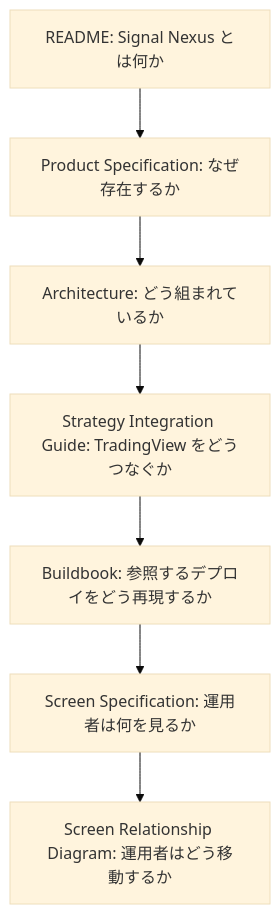
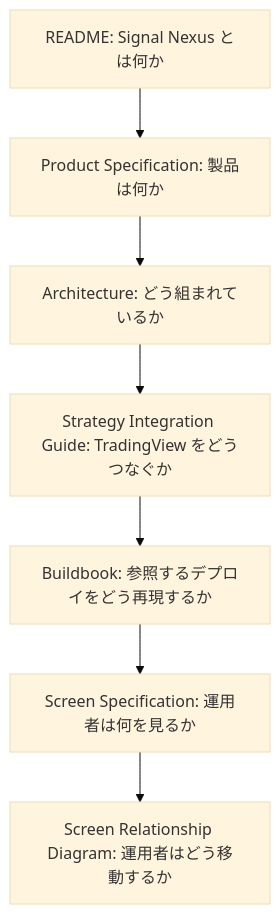
The second of 2 diagrams in docs/DOCUMENTATION_STRUCTURE_JA.md (SignalNexus/signal-nexus), drawn with Mermaid (base theme) before and after one commit. The commit also changed other lines of this file and 5 other files, not shown here.

````diff
--- a/docs/DOCUMENTATION_STRUCTURE_JA.md
+++ b/docs/DOCUMENTATION_STRUCTURE_JA.md
@@ -211,9 +160,9 @@
 ```mermaid
 graph TD
-  README["README: Signal Nexus とは何か"] --> ProductSpecification["Product Specification: なぜ存在するか"]
+  README["README: Signal Nexus とは何か"] --> ProductSpecification["Product Specification: 製品は何か"]
   ProductSpecification --> Architecture["Architecture: どう組まれているか"]
   Architecture --> StrategyIntegrationGuide["Strategy Integration Guide: TradingView をどうつなぐか"]
   StrategyIntegrationGuide --> Buildbook["Buildbook: 参照するデプロイをどう再現するか"]
   Buildbook --> ScreenSpecification["Screen Specification: 運用者は何を見るか"]
   ScreenSpecification --> ScreenRelationshipDiagram["Screen Relationship Diagram: 運用者はどう移動するか"]
 ```
````
